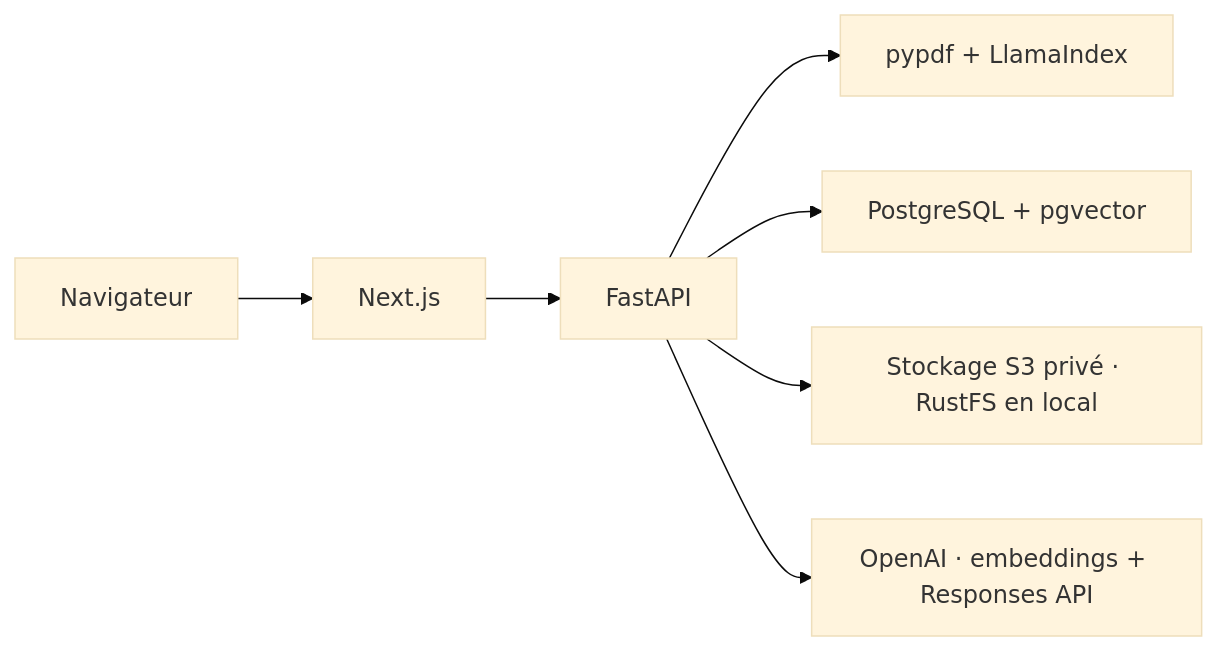
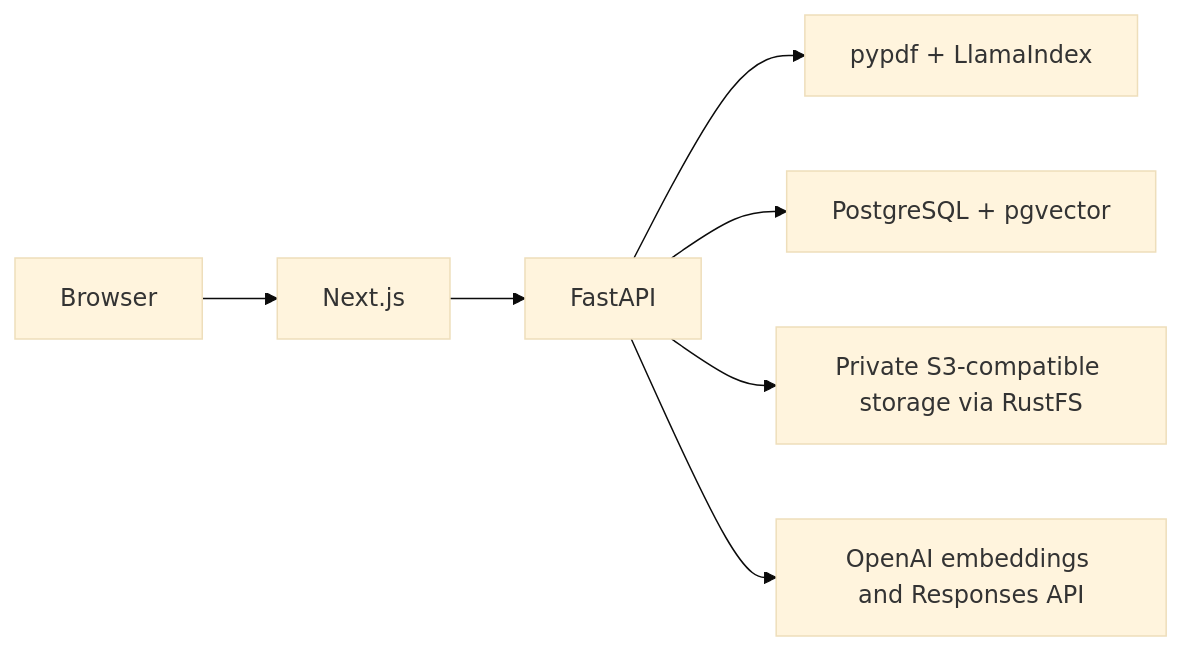
Before and after one commit to e-jaafar/enterprise-knowledge-ai: the diagram in README.md, drawn with Mermaid (base theme). The commit also changed other lines of this file, not shown here.

````diff
--- a/README.md
+++ b/README.md
@@ -36,9 +40,9 @@
 ```mermaid
 flowchart LR
-    Browser["Navigateur"] --> Next["Next.js"]
+    Browser["Browser"] --> Next["Next.js"]
     Next --> API["FastAPI"]
     API --> Split["pypdf + LlamaIndex"]
     API --> DB["PostgreSQL + pgvector"]
-    API --> Storage["Stockage S3 privé · RustFS en local"]
-    API --> OpenAI["OpenAI · embeddings + Responses API"]
+    API --> Storage["Private S3-compatible storage via RustFS"]
+    API --> OpenAI["OpenAI embeddings and Responses API"]
 ```
````
